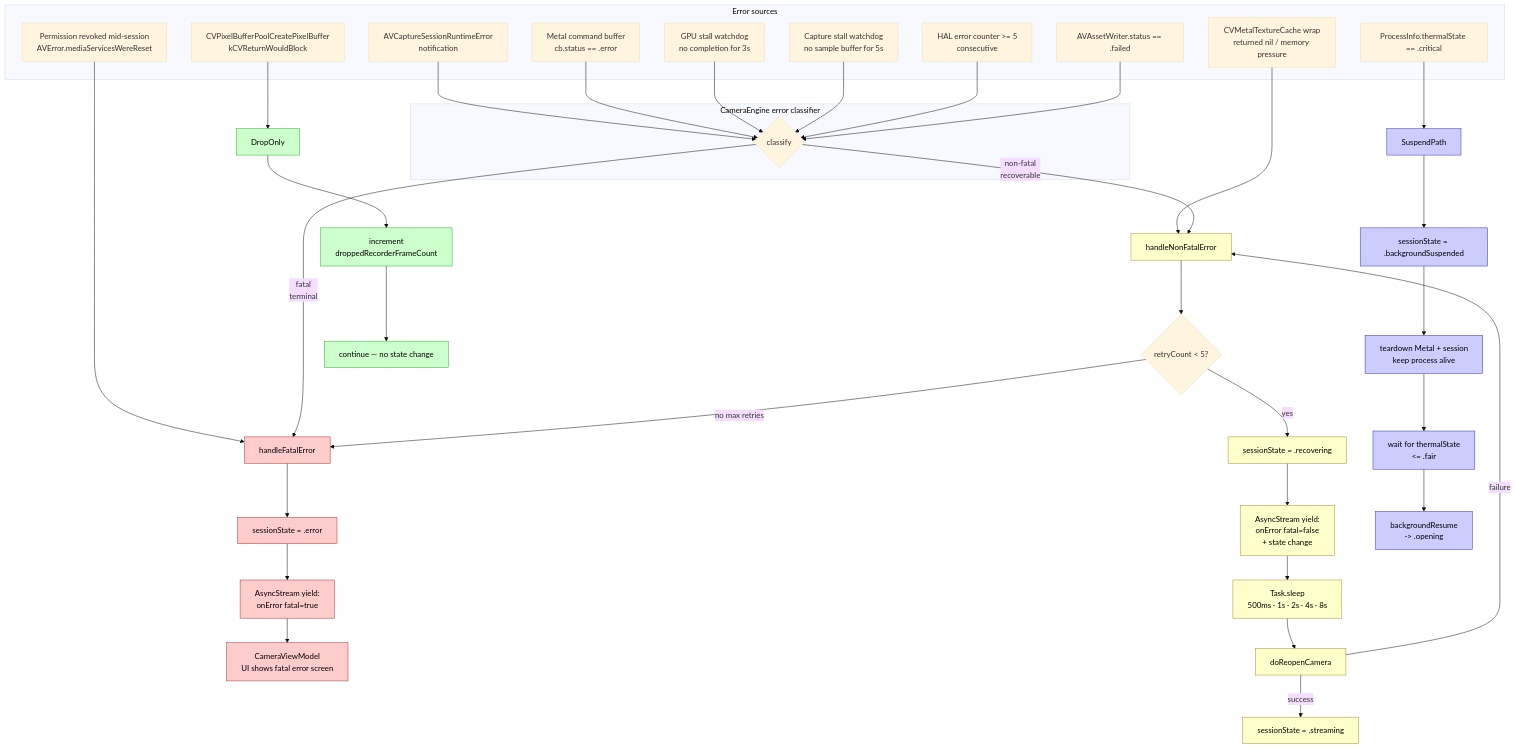
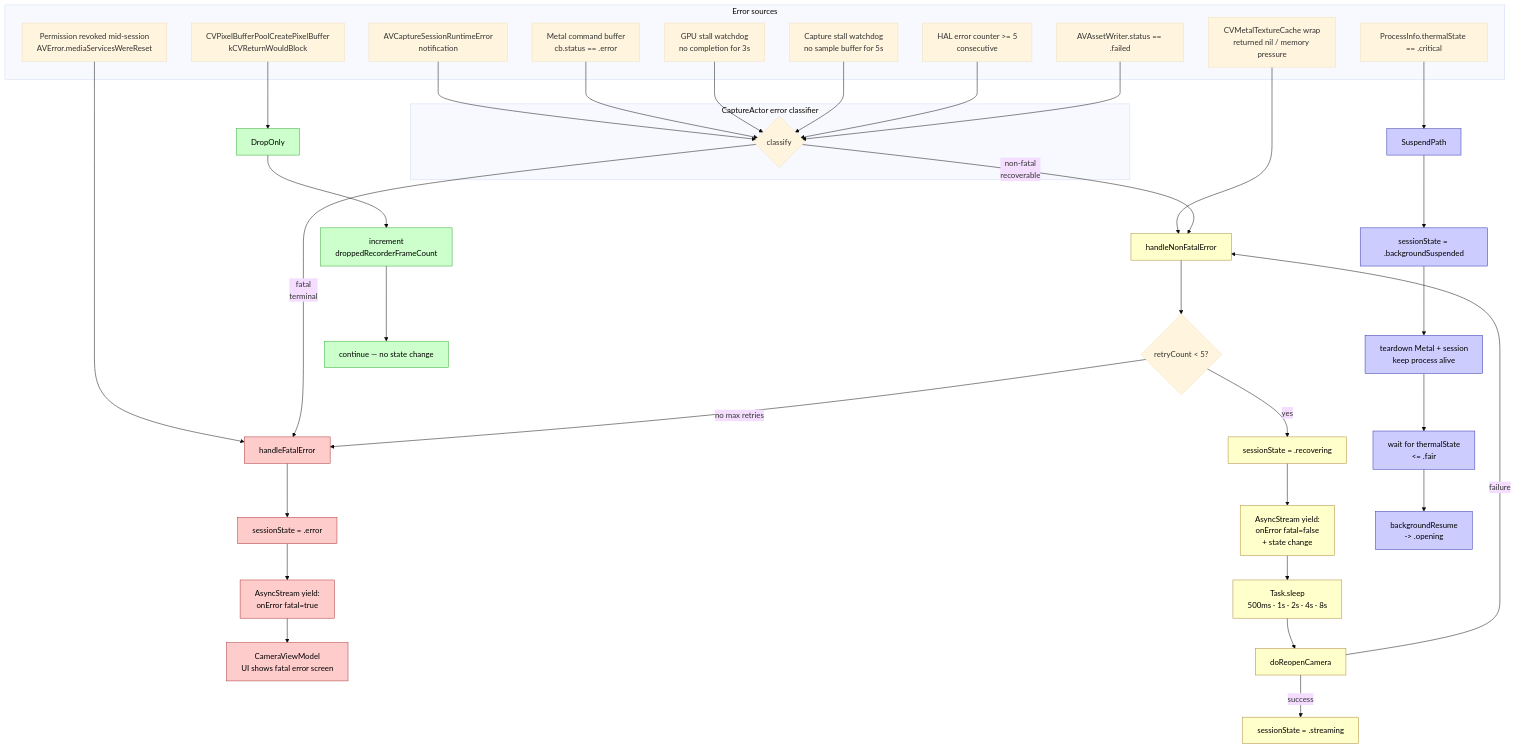
The fifth of 10 diagrams in design/09-architecture-diagrams.md (Shreeyak/camera2-ios-translation), drawn with Mermaid (base theme) before and after one commit. The commit also changed other lines of this file and 42 other files, not shown here.

````diff
--- a/design/09-architecture-diagrams.md
+++ b/design/09-architecture-diagrams.md
@@ -360,63 +358,63 @@
 ```mermaid
 flowchart TB
     subgraph Sources["Error sources"]
         E1[AVCaptureSessionRuntimeError<br/>notification]
         E2[Metal command buffer<br/>cb.status == .error]
         E3[GPU stall watchdog<br/>no completion for 3s]
         E4[Capture stall watchdog<br/>no sample buffer for 5s]
         E5[HAL error counter >= 5<br/>consecutive]
         E6[Permission revoked mid-session<br/>AVError.mediaServicesWereReset]
         E7[AVAssetWriter.status == .failed]
         E8[ProcessInfo.thermalState == .critical]
         E9[CVMetalTextureCache wrap<br/>returned nil / memory pressure]
         E10[CVPixelBufferPoolCreatePixelBuffer<br/>kCVReturnWouldBlock]
     end
 
-    subgraph Classifier["CameraEngine error classifier"]
+    subgraph Classifier["CaptureActor error classifier"]
         Decide{classify}
     end
 
     E1 --> Decide
     E2 --> Decide
     E3 --> Decide
     E4 --> Decide
     E5 --> Decide
     E6 --> FatalPath
     E7 --> Decide
     E8 --> SuspendPath
     E9 --> NonFatalPath
     E10 --> DropOnly
 
     Decide -->|fatal<br/>terminal| FatalPath[handleFatalError]
     Decide -->|non-fatal<br/>recoverable| NonFatalPath[handleNonFatalError]
 
     FatalPath --> ST1[sessionState = .error]
     ST1 --> EmitF[AsyncStream yield:<br/>onError fatal=true]
     EmitF --> VM1[CameraViewModel<br/>UI shows fatal error screen]
 
     NonFatalPath --> Check{retryCount < 5?}
     Check -->|yes| ST2[sessionState = .recovering]
     ST2 --> Emit2[AsyncStream yield:<br/>onError fatal=false<br/>+ state change]
     Emit2 --> Sleep[Task.sleep<br/>500ms · 1s · 2s · 4s · 8s]
     Sleep --> Retry[doReopenCamera]
     Retry -->|success| Stream[sessionState = .streaming]
     Retry -->|failure| NonFatalPath
     Check -->|no max retries| FatalPath
 
     SuspendPath --> ST3[sessionState = .backgroundSuspended]
     ST3 --> Release[teardown Metal + session<br/>keep process alive]
     Release --> Thermal[wait for thermalState<br/><= .fair]
     Thermal --> Resume[backgroundResume<br/>-> .opening]
 
     DropOnly --> Counter[increment<br/>droppedRecorderFrameCount]
     Counter --> Continue[continue — no state change]
 
     classDef fatal fill:#fcc,stroke:#a33,color:#000
     classDef nonfatal fill:#ffc,stroke:#a83,color:#000
     classDef suspend fill:#ccf,stroke:#33a,color:#000
     classDef drop fill:#cfc,stroke:#3a3,color:#000
     class FatalPath,ST1,EmitF,VM1 fatal
     class NonFatalPath,ST2,Emit2,Sleep,Retry,Stream nonfatal
     class SuspendPath,ST3,Release,Thermal,Resume suspend
     class DropOnly,Counter,Continue drop
 ```
````
